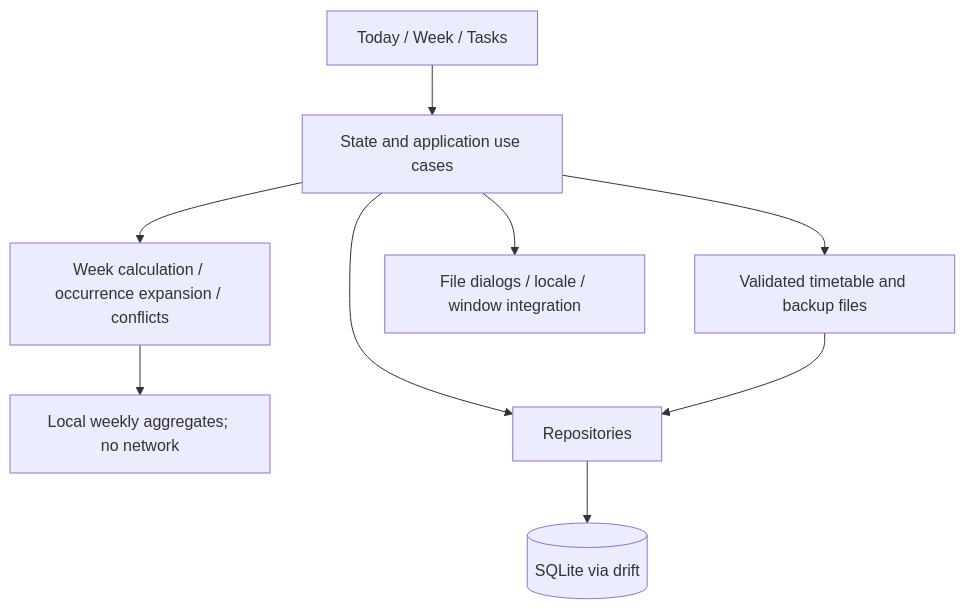
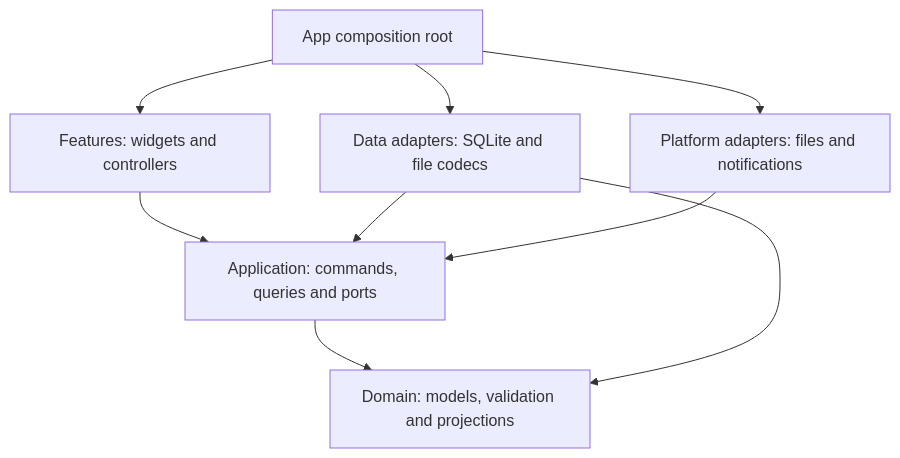
Before and after one commit to lorendw7/Cadence: the diagram in docs/ARCHITECTURE.md, drawn with Mermaid. The commit also changed other lines of this file and 12 other files, not shown here.

Commit message:
Clarify local application contracts and update website previews

````diff
--- a/docs/ARCHITECTURE.md
+++ b/docs/ARCHITECTURE.md
@@ -7,11 +9,11 @@
 ```mermaid
 flowchart TD
-    UI[Today / Week / Tasks] --> State[State and application use cases]
-    State --> Domain[Week calculation / occurrence expansion / conflicts]
-    Domain --> Review[Local weekly aggregates; no network]
-    State --> Repo[Repositories]
-    Repo --> DB[(SQLite via drift)]
-    State --> Files[Validated timetable and backup files]
-    Files --> Repo
-    State --> Platform[File dialogs / locale / window integration]
+    App[App composition root] --> UI[Features: widgets and controllers]
+    App --> Data[Data adapters: SQLite and file codecs]
+    App --> Platform[Platform adapters: files and notifications]
+    UI --> Application[Application: commands, queries and ports]
+    Data --> Application
+    Platform --> Application
+    Application --> Domain[Domain: models, validation and projections]
+    Data --> Domain
 ```
````
